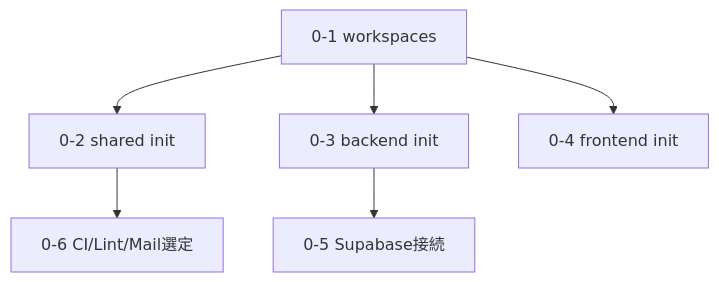
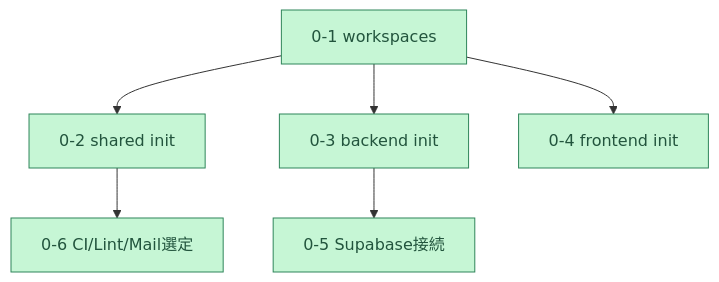
The second of 7 diagrams in tasks.md (m-uesaka/regional-quiz-entry-form), drawn with Mermaid before and after one commit. The commit also changed other lines of this file, not shown here.

````diff
--- a/tasks.md
+++ b/tasks.md
@@ -87,8 +92,10 @@
 ```mermaid
 graph TD
-  T01["0-1 workspaces"] --> T02["0-2 shared init"]
-  T01 --> T03["0-3 backend init"]
-  T01 --> T04["0-4 frontend init"]
-  T03 --> T05["0-5 Supabase接続"]
-  T02 --> T06["0-6 CI/Lint/Mail選定"]
+  T01["0-1 workspaces"]:::done --> T02["0-2 shared init"]:::done
+  T01 --> T03["0-3 backend init"]:::done
+  T01 --> T04["0-4 frontend init"]:::done
+  T03 --> T05["0-5 Supabase接続"]:::done
+  T02 --> T06["0-6 CI/Lint/Mail選定"]:::done
+
+  classDef done fill:#c6f6d5,stroke:#2f855a,color:#22543d;
 ```
````
